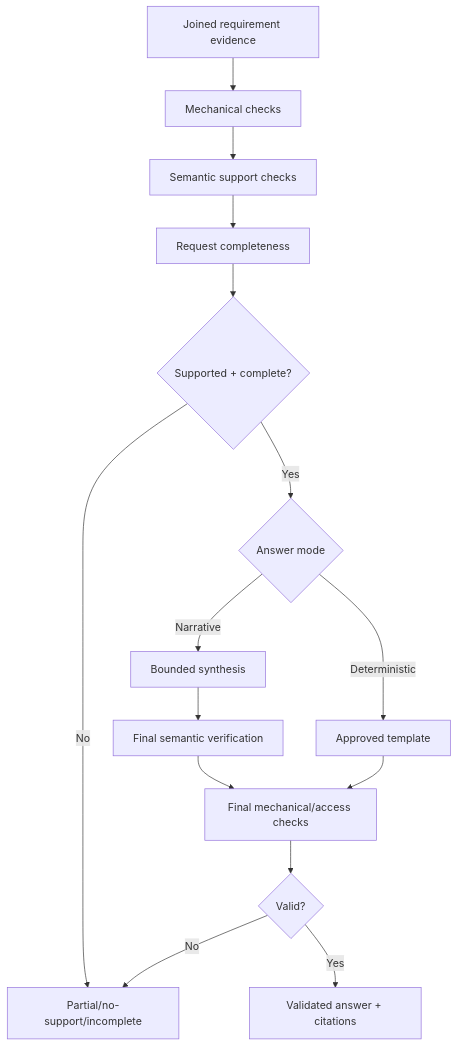
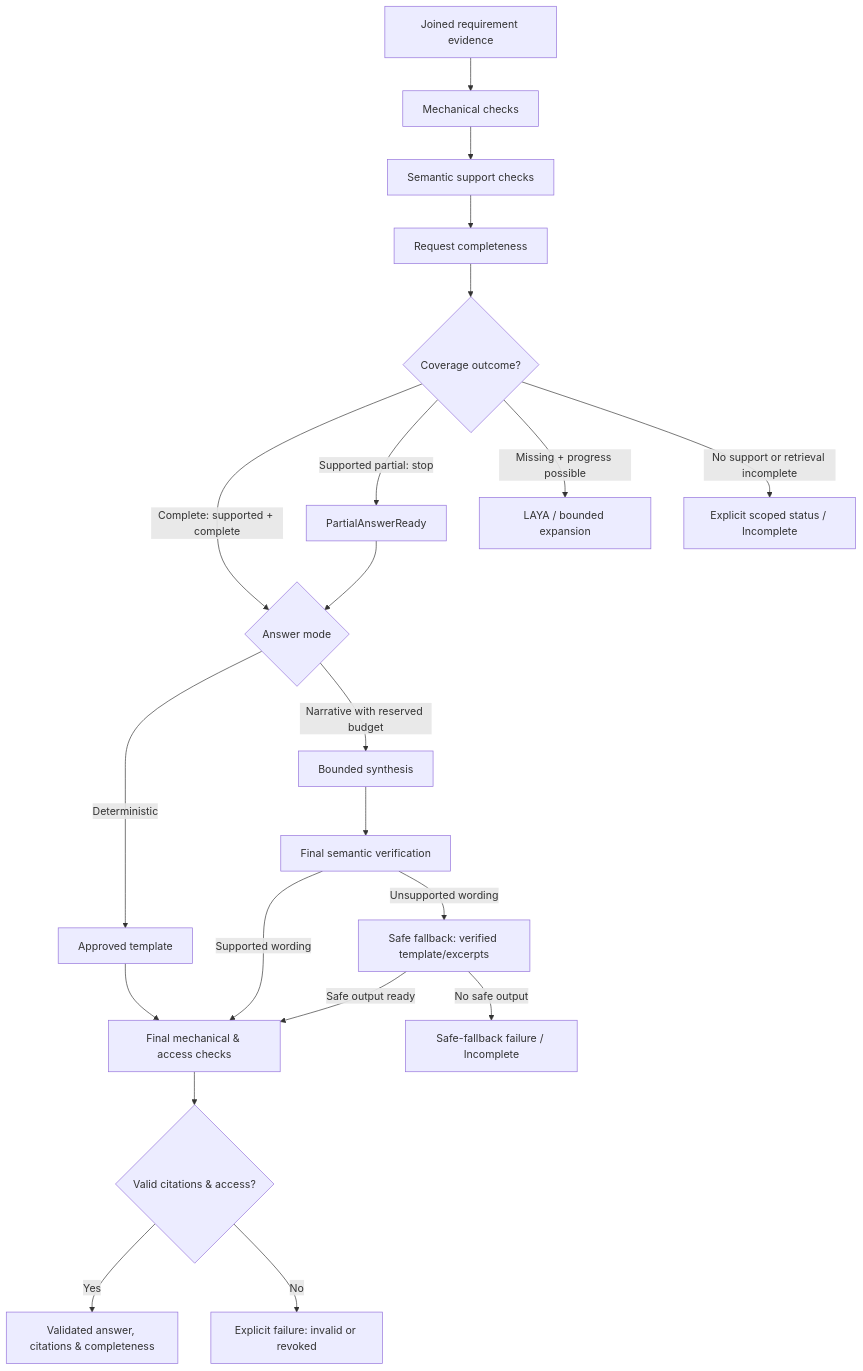
One commit to SGOD-pro/knowledge-retrieval-engine changed the diagram in docs/diagrams/07_VERIFICATION_ANSWER.md. Above: the diagram before and after it, drawn with Mermaid. The commit also changed other lines of this file and 21 other files, not shown here.

Commit message:
updated the docs according to the architecture-bible

````diff
--- a/docs/diagrams/07_VERIFICATION_ANSWER.md
+++ b/docs/diagrams/07_VERIFICATION_ANSWER.md
@@ -3,17 +3,23 @@
 ```mermaid
 flowchart TD
     JOIN["Joined requirement evidence"] --> M["Mechanical checks"]
     M --> S["Semantic support checks"]
     S --> C["Request completeness"]
-    C --> D{"Supported + complete?"}
-    D -->|No| OUT["Partial/no-support/incomplete"]
-    D -->|Yes| MODE{"Answer mode"}
+    C --> CO{"Coverage outcome?"}
+    CO -->|Complete: supported + complete| MODE{"Answer mode"}
+    CO -->|Supported partial: stop| PART["PartialAnswerReady"]
+    CO -->|Missing + progress possible| EXP["LAYA / bounded expansion"]
+    CO -->|No support or retrieval incomplete| OUT["Explicit scoped status / Incomplete"]
+    PART --> MODE
     MODE -->|Deterministic| DET["Approved template"]
-    MODE -->|Narrative| LLM["Bounded synthesis"]
+    MODE -->|Narrative with reserved budget| LLM["Bounded synthesis"]
     LLM --> SV["Final semantic verification"]
-    SV --> FM["Final mechanical/access checks"]
+    SV -->|Supported wording| FM["Final mechanical & access checks"]
+    SV -->|Unsupported wording| SF["Safe fallback: verified template/excerpts"]
+    SF -->|Safe output ready| FM
+    SF -->|No safe output| SFF["Safe-fallback failure / Incomplete"]
     DET --> FM
-    FM --> OK{"Valid?"}
-    OK -->|Yes| ANS["Validated answer + citations"]
-    OK -->|No| OUT
+    FM --> OK{"Valid citations & access?"}
+    OK -->|Yes| ANS["Validated answer, citations & completeness"]
+    OK -->|No| REV["Explicit failure: invalid or revoked"]
 ```
````
